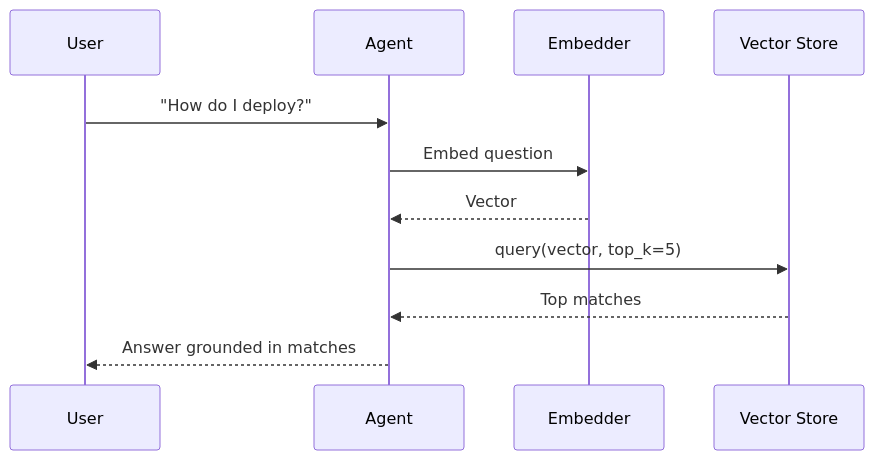
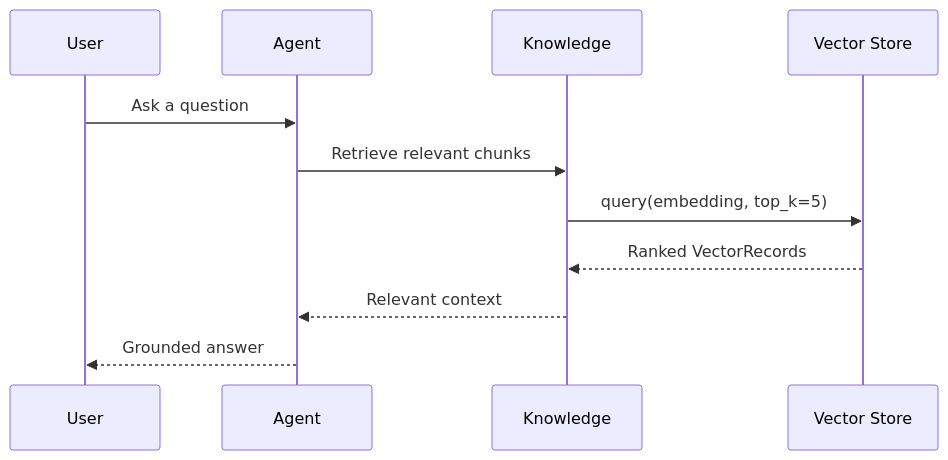
Before and after one commit to MervinPraison/PraisonAIDocs: the second of 3 diagrams in docs/features/vector-store.mdx, drawn with Mermaid. The commit also changed other lines of this file and 1 other file, not shown here.

First line of the commit message:
docs: add Vector Store page + close Python parity gap (fixes #972)

````diff
--- a/docs/features/vector-store.mdx
+++ b/docs/features/vector-store.mdx
@@ -92,14 +93,14 @@
 ```mermaid
 sequenceDiagram
     participant User
     participant Agent
-    participant Embed as Embedder
+    participant Knowledge
     participant VS as Vector Store
 
-    User->>Agent: "How do I deploy?"
-    Agent->>Embed: Embed question
-    Embed-->>Agent: Vector
-    Agent->>VS: query(vector, top_k=5)
-    VS-->>Agent: Top matches
-    Agent-->>User: Answer grounded in matches
+    User->>Agent: Ask a question
+    Agent->>Knowledge: Retrieve relevant chunks
+    Knowledge->>VS: query(embedding, top_k=5)
+    VS-->>Knowledge: Ranked VectorRecords
+    Knowledge-->>Agent: Relevant context
+    Agent-->>User: Grounded answer
 ```
````
